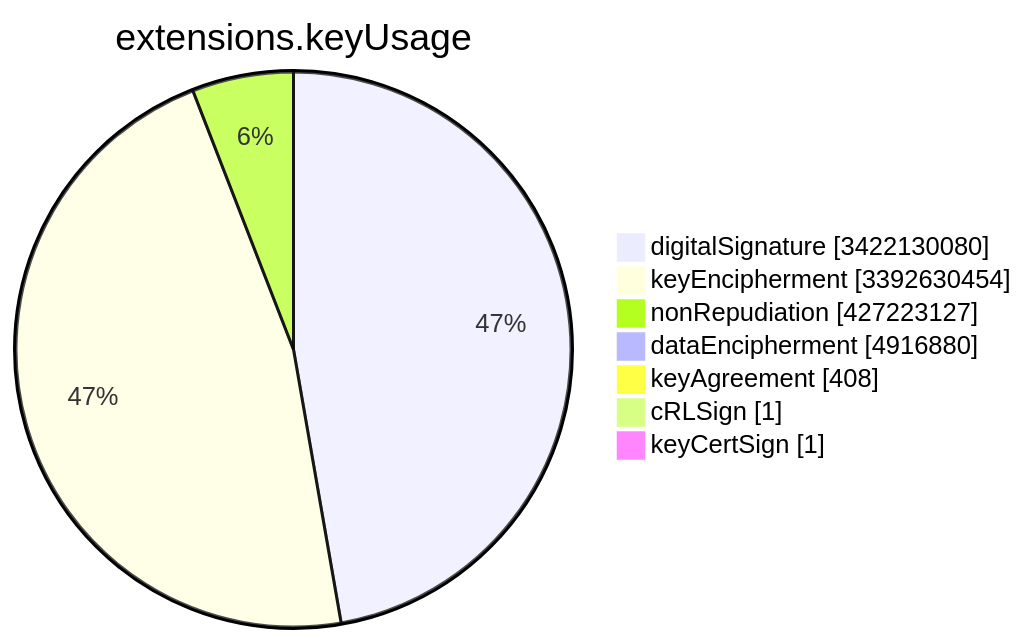
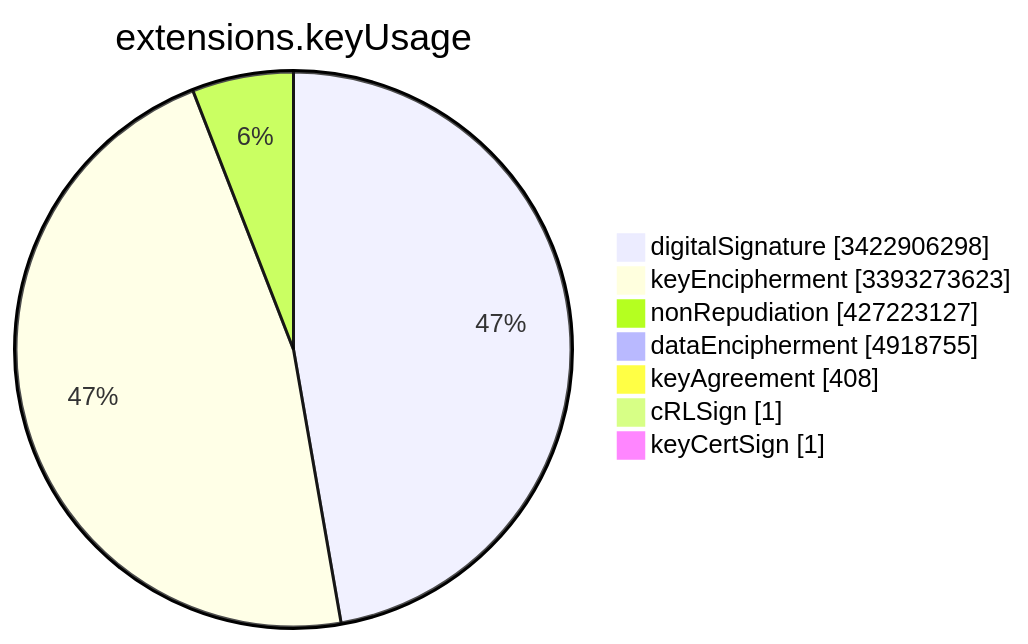
The sixth of 15 diagrams in TOTAL/README.md (christiankrug/ctmonitor_visualization), drawn with Mermaid before and after one commit. The commit also changed other lines of this file, not shown here.

````diff
--- a/TOTAL/README.md
+++ b/TOTAL/README.md
@@ -3081,11 +3081,11 @@
 ```mermaid
 pie showData
 title extensions.keyUsage
-"digitalSignature" :3422130080
-"keyEncipherment" :3392630454
+"digitalSignature" :3422906298
+"keyEncipherment" :3393273623
 "nonRepudiation" :427223127
-"dataEncipherment" :4916880
+"dataEncipherment" :4918755
 "keyAgreement" :408
 "cRLSign" :1
 "keyCertSign" :1
 ```
````
